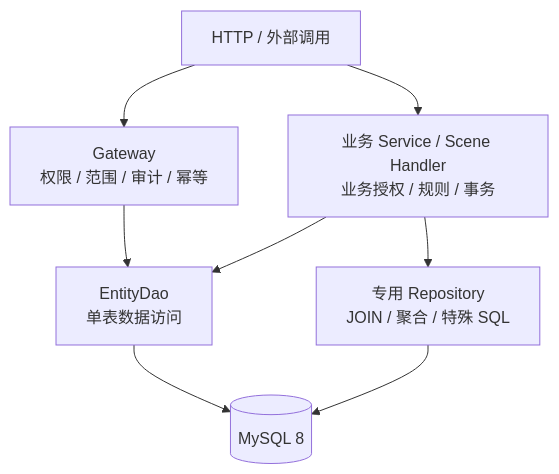
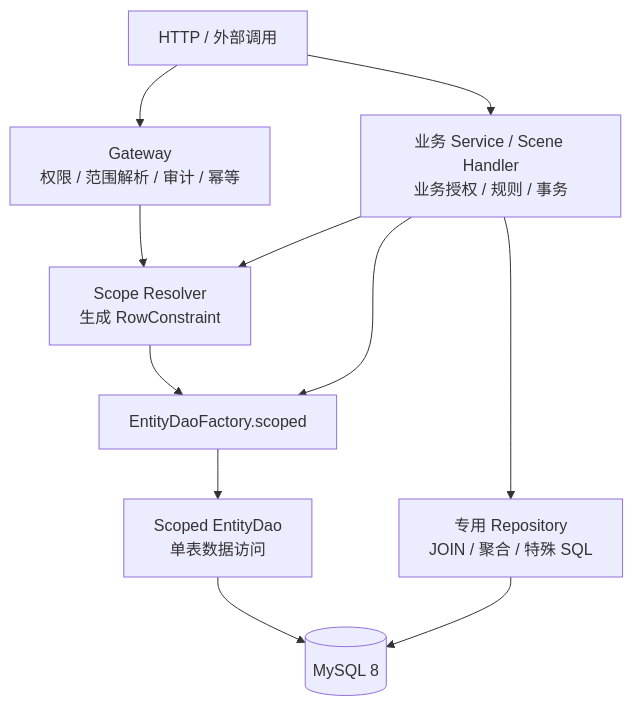
One commit to ent-loom/ent-loom changed the first of 2 diagrams in docs/architecture/components/crud/实体DAO.md. Above: the diagram before and after it, drawn with Mermaid. The commit also changed other lines of this file and 2 other files, not shown here.

````diff
--- a/docs/architecture/components/crud/实体DAO.md
+++ b/docs/architecture/components/crud/实体DAO.md
@@ -12,13 +13,16 @@
 ```mermaid
 flowchart TB
     external["HTTP / 外部调用"]
-    gateway["Gateway<br/>权限 / 范围 / 审计 / 幂等"]
+    gateway["Gateway<br/>权限 / 范围解析 / 审计 / 幂等"]
     service["业务 Service / Scene Handler<br/>业务授权 / 规则 / 事务"]
-    dao["EntityDao<br/>单表数据访问"]
+    resolver["Scope Resolver<br/>生成 RowConstraint"]
+    factory["EntityDaoFactory.scoped"]
+    dao["Scoped EntityDao<br/>单表数据访问"]
     custom["专用 Repository<br/>JOIN / 聚合 / 特殊 SQL"]
     database[("MySQL 8")]
 
-    external --> gateway --> dao --> database
-    external --> service --> dao
+    external --> gateway --> resolver --> factory --> dao --> database
+    external --> service --> resolver
+    service --> factory
     service --> custom --> database
 ```
````
